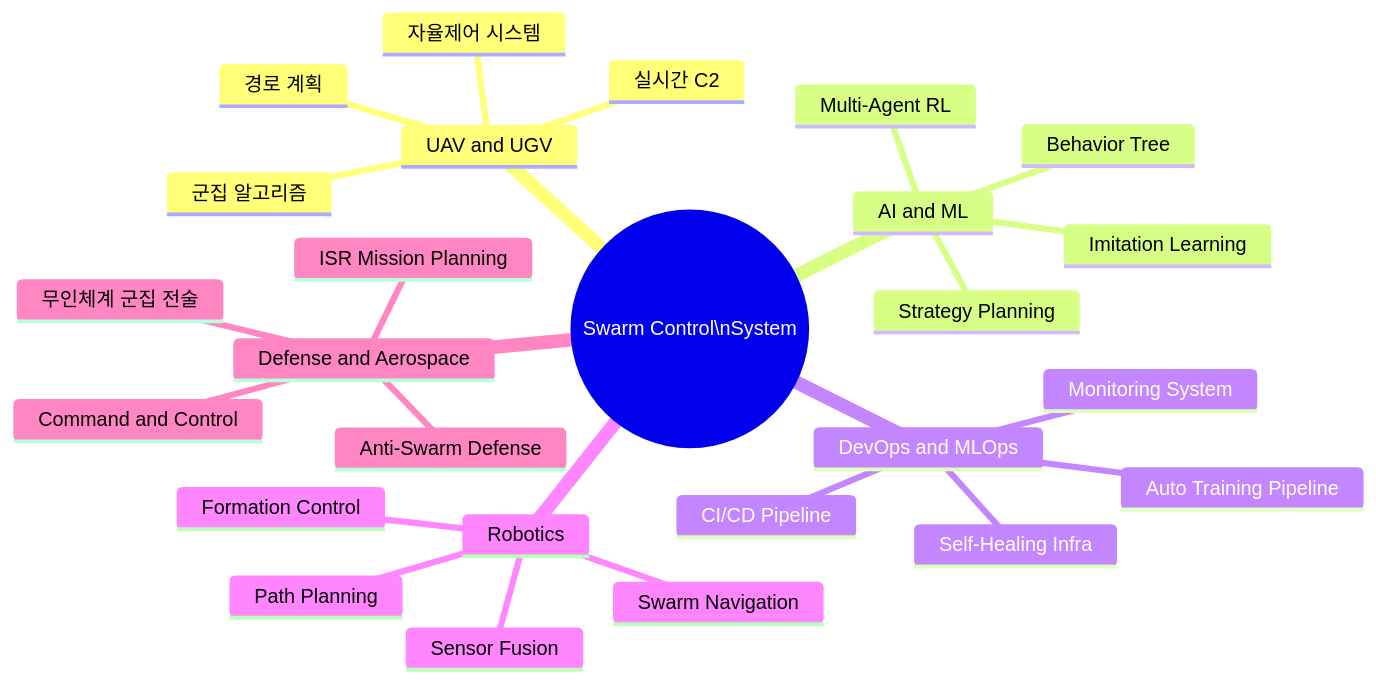
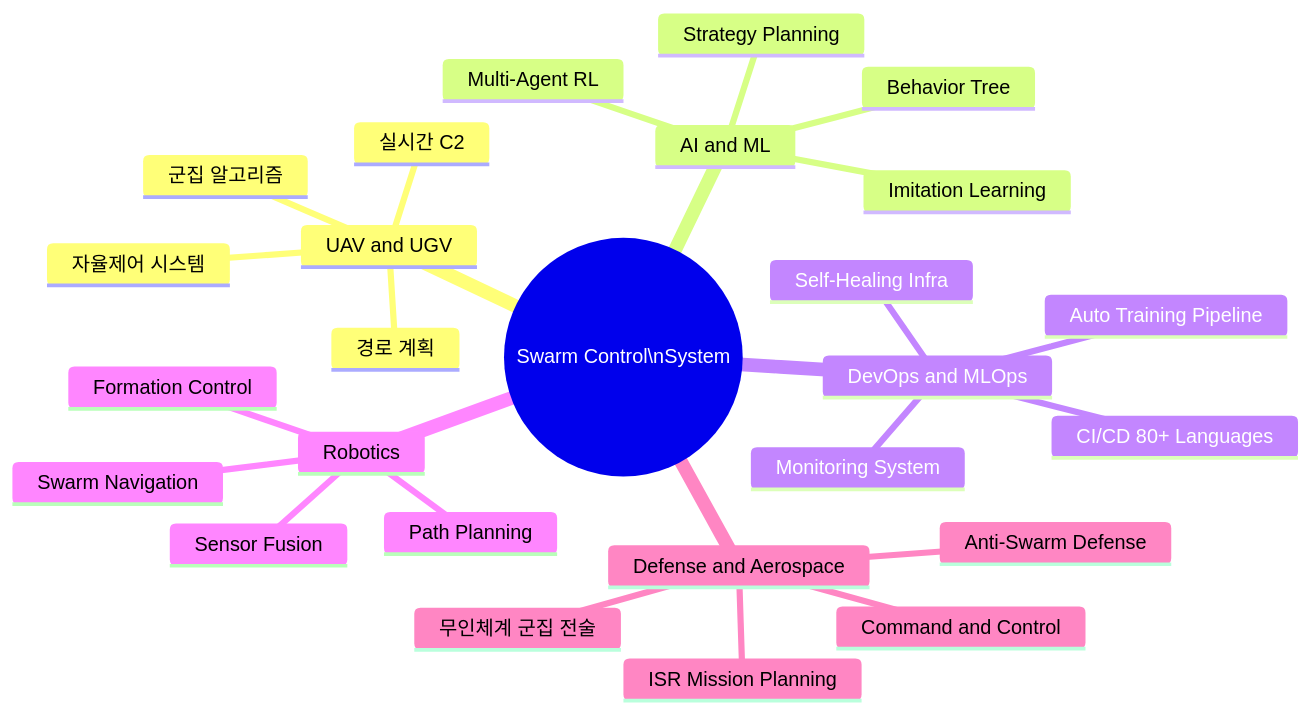
Before and after one commit to sun475300-sudo/Swarm-control-in-sc2bot: diagram 26 of 26 in README.md, drawn with Mermaid. The commit also changed other lines of this file, not shown here.

````diff
--- a/README.md
+++ b/README.md
@@ -1142,29 +1036,29 @@
 ```mermaid
 mindmap
   root((Swarm Control\nSystem))
     UAV and UGV
       자율제어 시스템
       군집 알고리즘
       실시간 C2
       경로 계획
     AI and ML
       Multi-Agent RL
       Imitation Learning
       Strategy Planning
       Behavior Tree
     DevOps and MLOps
       Self-Healing Infra
       Auto Training Pipeline
+      CI/CD 80+ Languages
       Monitoring System
-      CI/CD Pipeline
     Robotics
       Swarm Navigation
       Sensor Fusion
       Path Planning
       Formation Control
     Defense and Aerospace
       무인체계 군집 전술
       ISR Mission Planning
       Command and Control
       Anti-Swarm Defense
 ```
````
